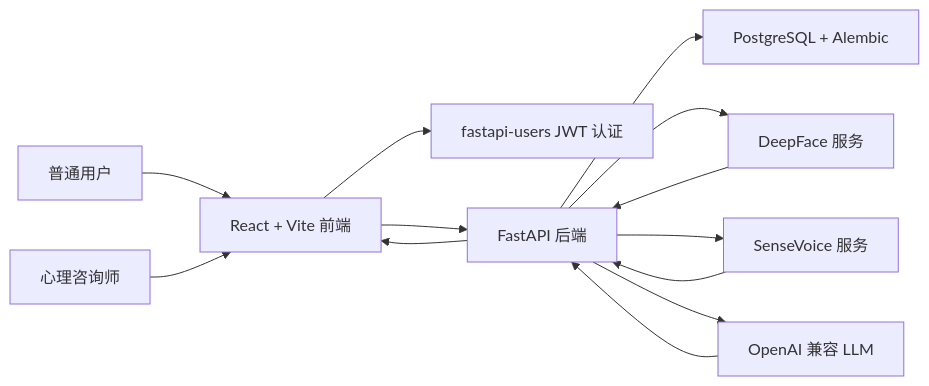
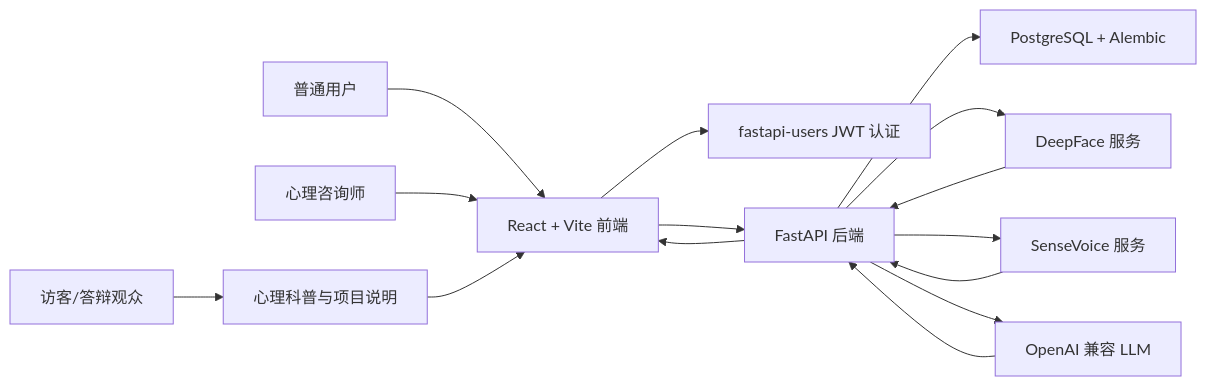
One commit to Shiliang-vector/Emotion changed the diagram in docs/architecture.md. Above: the diagram before and after it, drawn with Mermaid. The commit also changed other lines of this file and 11 other files, not shown here.

````diff
--- a/docs/architecture.md
+++ b/docs/architecture.md
@@ -15,15 +15,17 @@
 ```mermaid
 flowchart LR
     Client["普通用户"] --> Frontend["React + Vite 前端"]
     Counselor["心理咨询师"] --> Frontend
+    Visitor["访客/答辩观众"] --> Education["心理科普与项目说明"]
+    Education --> Frontend
     Frontend --> Auth["fastapi-users JWT 认证"]
     Frontend --> Backend["FastAPI 后端"]
     Backend --> Postgres["PostgreSQL + Alembic"]
     Backend --> DeepFace["DeepFace 服务"]
     Backend --> SenseVoice["SenseVoice 服务"]
     Backend --> LLM["OpenAI 兼容 LLM"]
     DeepFace --> Backend
     SenseVoice --> Backend
     LLM --> Backend
     Backend --> Frontend
 ```
````
